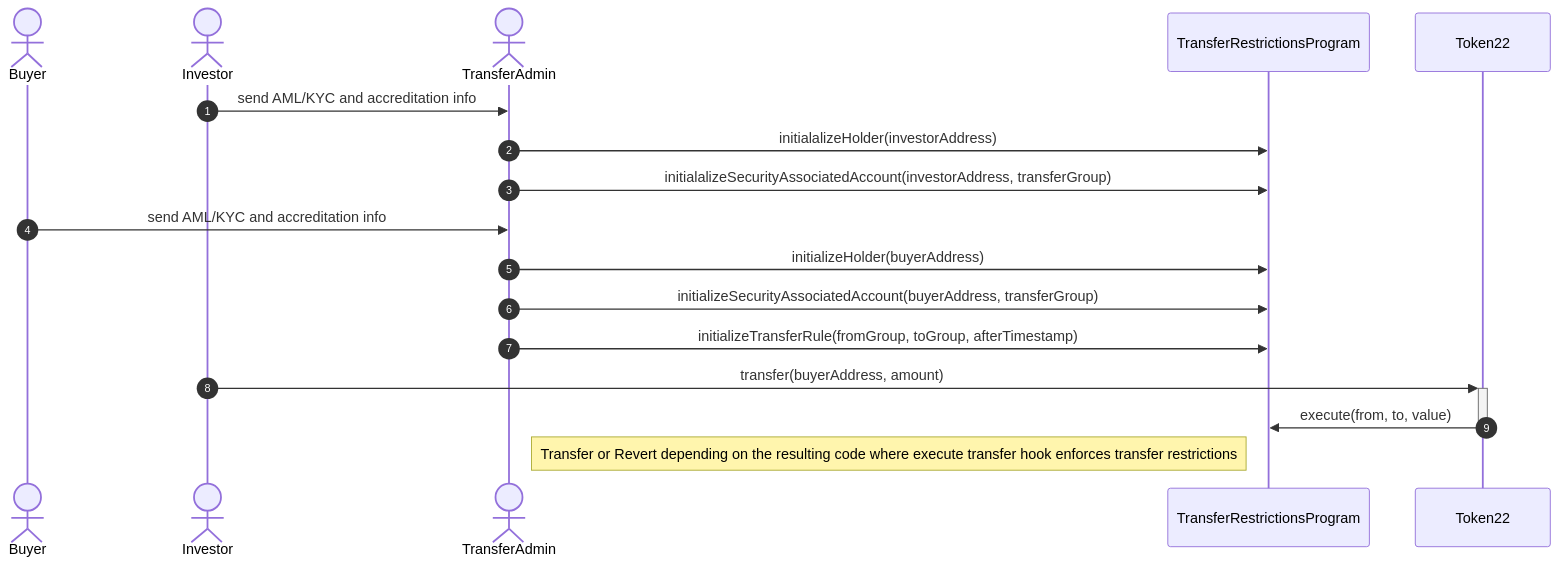
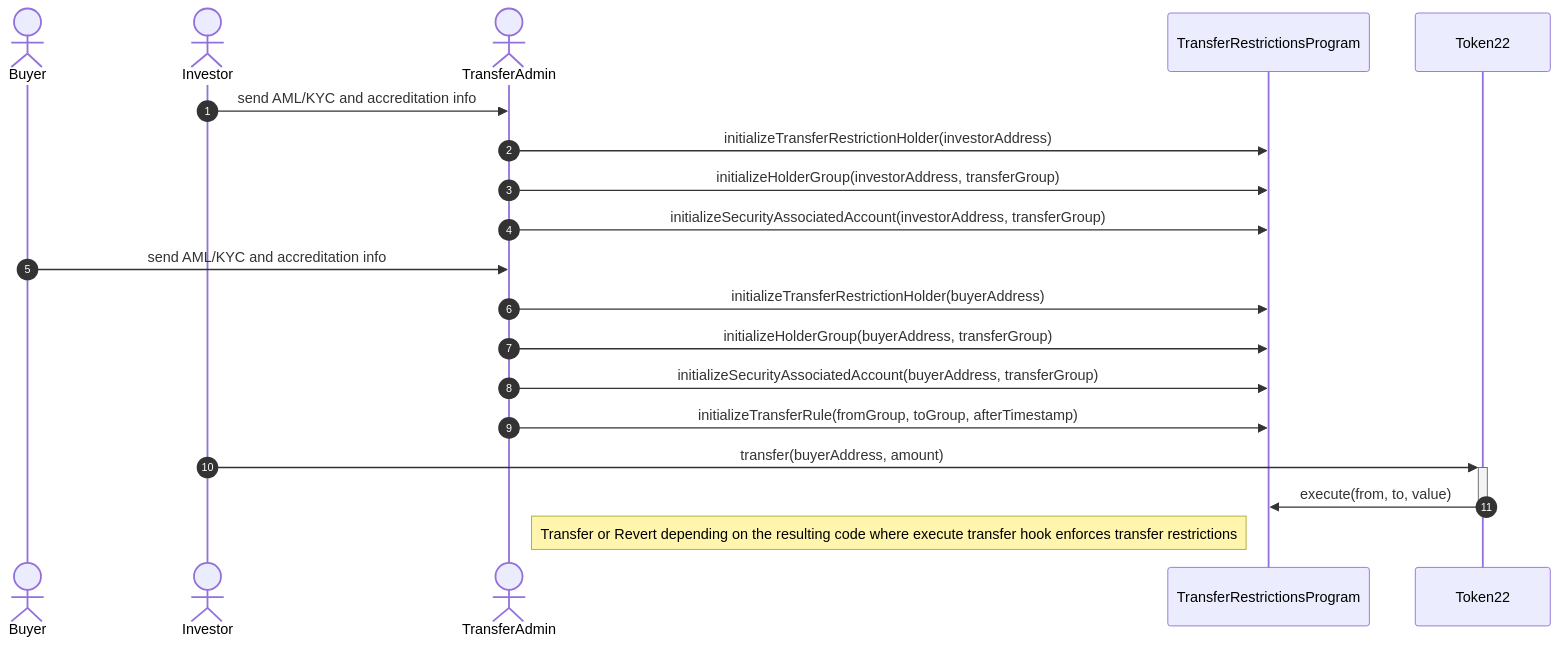
The second of 5 diagrams in README.md (CoMakery/solana-security-token), drawn with Mermaid before and after one commit. The commit also changed other lines of this file and 55 other files, not shown here.

````diff
--- a/README.md
+++ b/README.md
@@ -86,23 +129,25 @@
 ```mermaid
 sequenceDiagram
   autonumber
   actor Buyer
   actor Investor
   actor TransferAdmin
 
   participant TransferRestrictionsProgram
   participant Token22
 
   Investor ->> TransferAdmin: send AML/KYC and accreditation info
-  TransferAdmin ->> TransferRestrictionsProgram: initialalizeHolder(investorAddress)
-  TransferAdmin ->> TransferRestrictionsProgram: initialalizeSecurityAssociatedAccount(investorAddress, transferGroup)
+  TransferAdmin ->> TransferRestrictionsProgram: initializeTransferRestrictionHolder(investorAddress)
+  TransferAdmin ->> TransferRestrictionsProgram: initializeHolderGroup(investorAddress, transferGroup)
+  TransferAdmin ->> TransferRestrictionsProgram: initializeSecurityAssociatedAccount(investorAddress, transferGroup)
 
   Buyer ->> TransferAdmin: send AML/KYC and accreditation info
-  TransferAdmin ->> TransferRestrictionsProgram: initializeHolder(buyerAddress)
+  TransferAdmin ->> TransferRestrictionsProgram: initializeTransferRestrictionHolder(buyerAddress)
+  TransferAdmin ->> TransferRestrictionsProgram: initializeHolderGroup(buyerAddress, transferGroup)
   TransferAdmin ->> TransferRestrictionsProgram: initializeSecurityAssociatedAccount(buyerAddress, transferGroup)
   TransferAdmin ->> TransferRestrictionsProgram: initializeTransferRule(fromGroup, toGroup, afterTimestamp)
 
   Investor ->>+ Token22: transfer(buyerAddress, amount)
   Token22 ->>- TransferRestrictionsProgram: execute(from, to, value)
   Note left of TransferRestrictionsProgram: Transfer or Revert depending on the resulting code where execute transfer hook enforces transfer restrictions
 ```
````
